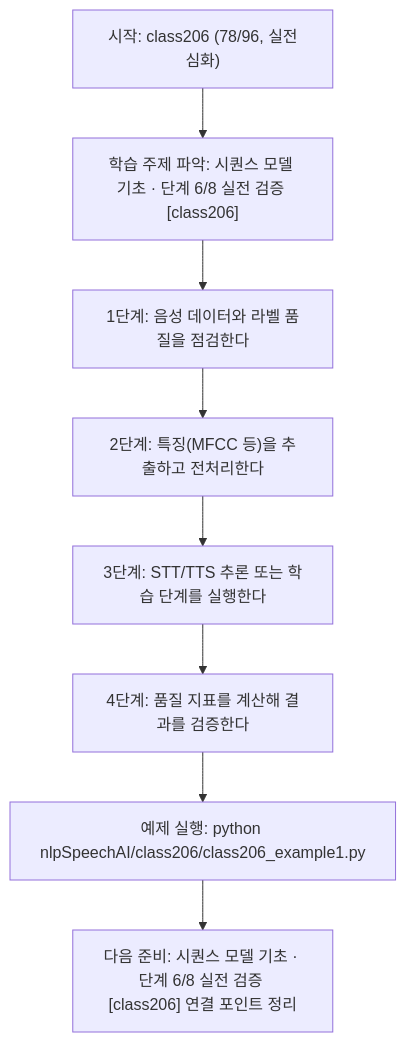
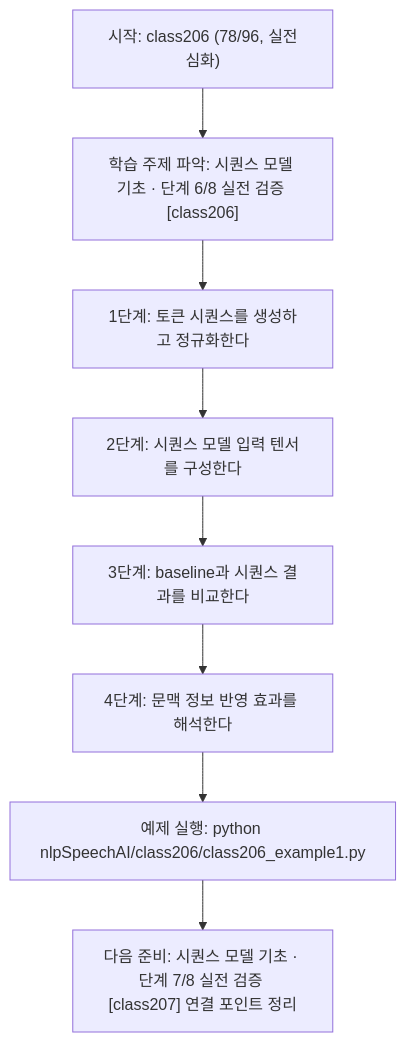
The diagram in nlpSpeechAI/class206/class206.md (edumgt/Python-AI_Agent-Class), drawn with Mermaid before and after one commit. The commit also changed other lines of this file and 1122 other files, not shown here.

````diff
--- a/nlpSpeechAI/class206/class206.md
+++ b/nlpSpeechAI/class206/class206.md
@@ -114,18 +95,18 @@
 ```mermaid
 flowchart TD
 N1["시작: class206 (78/96, 실전심화)"]
 N2["학습 주제 파악: 시퀀스 모델 기초 · 단계 6/8 실전 검증 [class206]"]
-N3["1단계: 음성 데이터와 라벨 품질을 점검한다"]
-N4["2단계: 특징(MFCC 등)을 추출하고 전처리한다"]
-N5["3단계: STT/TTS 추론 또는 학습 단계를 실행한다"]
-N6["4단계: 품질 지표를 계산해 결과를 검증한다"]
+N3["1단계: 토큰 시퀀스를 생성하고 정규화한다"]
+N4["2단계: 시퀀스 모델 입력 텐서를 구성한다"]
+N5["3단계: baseline과 시퀀스 결과를 비교한다"]
+N6["4단계: 문맥 정보 반영 효과를 해석한다"]
 N7["예제 실행: python nlpSpeechAI/class206/class206_example1.py"]
-N8["다음 준비: 시퀀스 모델 기초 · 단계 6/8 실전 검증 [class206] 연결 포인트 정리"]
+N8["다음 준비: 시퀀스 모델 기초 · 단계 7/8 실전 검증 [class207] 연결 포인트 정리"]
 N1 --> N2
 N2 --> N3
 N3 --> N4
 N4 --> N5
 N5 --> N6
 N6 --> N7
 N7 --> N8
 ```
````
